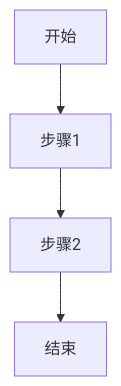
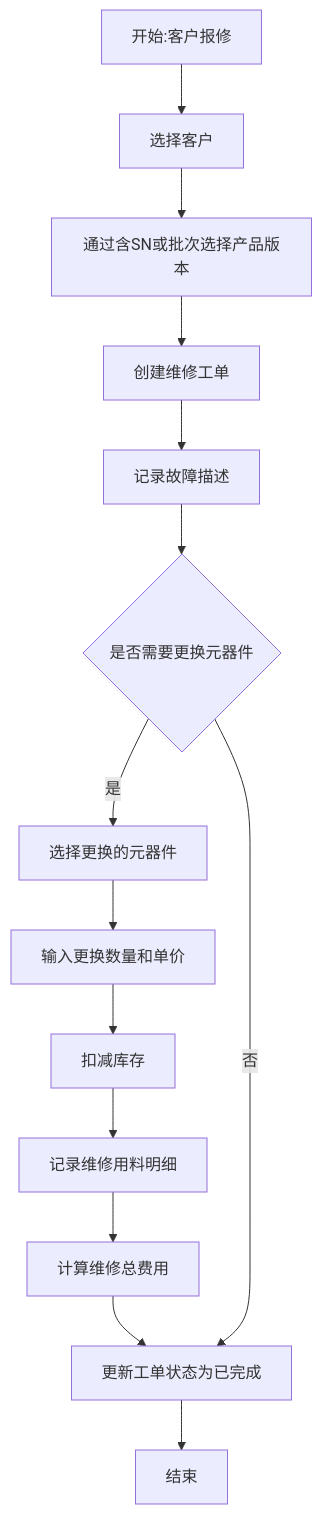
One commit to NorthBridgeAthlon64/HPLM_SQL changed the third of 5 diagrams in 01_功能说明.md. Above: the diagram before and after it, drawn with Mermaid. The commit also changed other lines of this file, not shown here.

````diff
--- a/01_功能说明.md
+++ b/01_功能说明.md
@@ -67,6 +46,16 @@
 ```mermaid
 flowchart TD
-    A[开始] --> B[步骤1]
-    B --> C[步骤2]
-    C --> D[结束]
+    A[开始:客户报修] --> B[选择客户]
+    B --> C[通过含SN或批次选择产品版本]
+    C --> D[创建维修工单]
+    D --> E[记录故障描述]
+    E --> F{是否需要更换元器件}
+    F -->|是| G[选择更换的元器件]
+    G --> H[输入更换数量和单价]
+    H --> I[扣减库存]
+    I --> J[记录维修用料明细]
+    J --> K[计算维修总费用]
+    K --> L[更新工单状态为已完成]
+    L --> M[结束]
+    F -->|否| L
 ```
````
